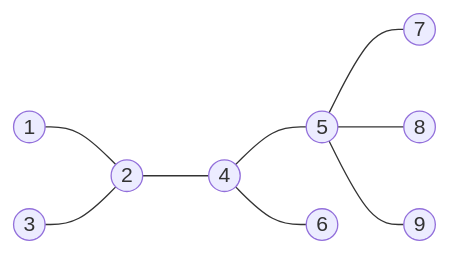
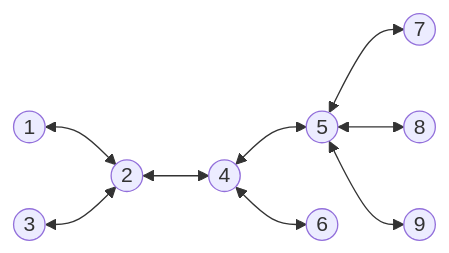
The diagram in Content/DLT.md (gzholtkevych/Distributed-Computation-Simulator), drawn with Mermaid before and after one commit.

````diff
--- a/Content/DLT.md
+++ b/Content/DLT.md
@@ -57,11 +57,11 @@
 ```mermaid
 graph LR
-  a((1)) --- b((2))
-  c((3)) --- b
-  b --- d((4))
-  d --- e((5))
-  d --- f((6))
-  e --- g((7))
-  e --- h((8))
-  e --- i((9))
+  a((1)) <--> b((2))
+  c((3)) <--> b
+  b <--> d((4))
+  d <--> e((5))
+  d <--> f((6))
+  e <--> g((7))
+  e <--> h((8))
+  e <--> i((9))
 ```
````
